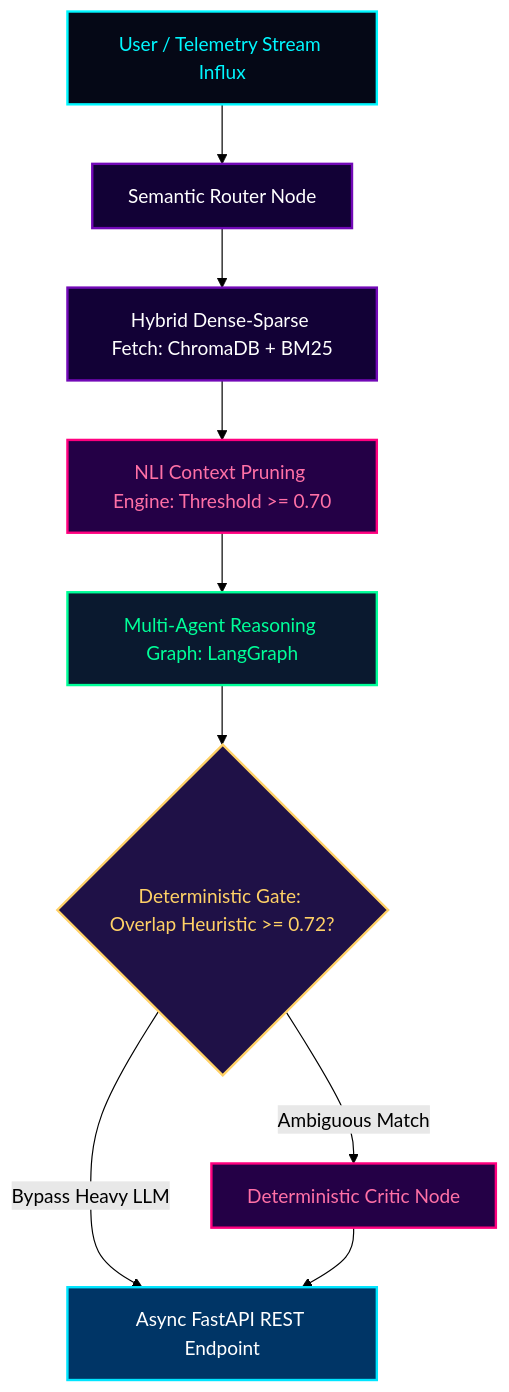
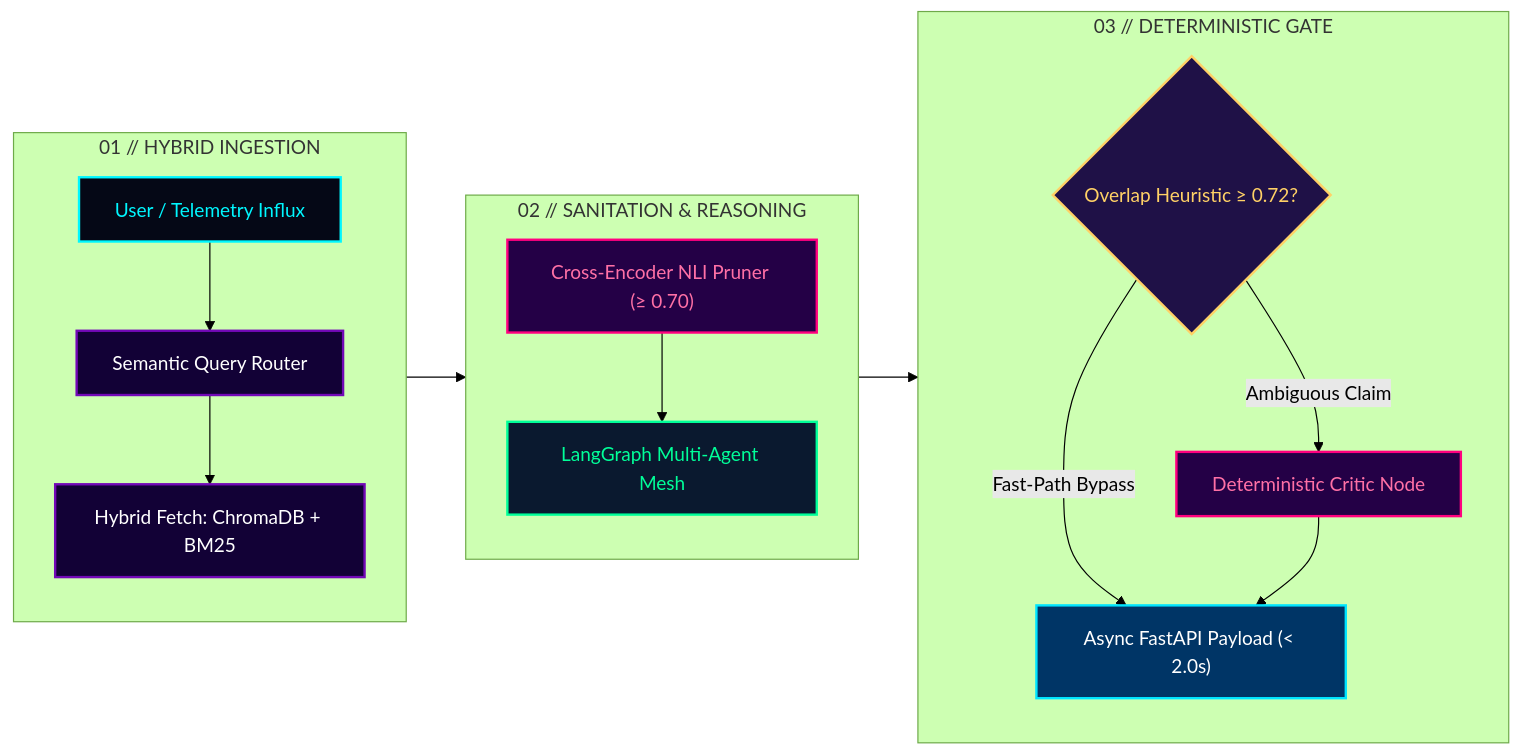
The diagram in README.md (DYNOSuprovo/DYNOSuprovo), drawn with Mermaid (forest theme) before and after one commit. The commit also changed other lines of this file, not shown here.

````diff
--- a/README.md
+++ b/README.md
@@ -106,18 +127,31 @@
 ```mermaid
-flowchart TD
+flowchart LR
     classDef influx fill:#050816,stroke:#00f7ff,stroke-width:2px,color:#00f7ff;
-    classDef router fill:#120136,stroke:#7209b7,stroke-width:2px,color:#fff;
+    classDef router fill:#120136,stroke:#7209b7,stroke-width:2px,color:#ffffff;
     classDef filter fill:#240046,stroke:#ff007f,stroke-width:2px,color:#ff70a6;
     classDef mesh fill:#0a192f,stroke:#00ff99,stroke-width:2px,color:#00ff99;
     classDef gate fill:#1f1147,stroke:#ffd166,stroke-width:2px,color:#ffd166;
-    classDef out fill:#003566,stroke:#00e5ff,stroke-width:2px,color:#fff;
+    classDef out fill:#003566,stroke:#00e5ff,stroke-width:2px,color:#ffffff;
 
-    Q[User / Telemetry Stream Influx]:::influx --> R[Semantic Router Node]:::router
-    R --> S[Hybrid Dense-Sparse Fetch: ChromaDB + BM25]:::router
-    S --> P[NLI Context Pruning Engine: Threshold >= 0.70]:::filter
-    P --> M[Multi-Agent Reasoning Graph: LangGraph]:::mesh
-    M --> V{Deterministic Gate: Overlap Heuristic >= 0.72?}:::gate
-    V -- Bypass Heavy LLM --> O[Async FastAPI REST Endpoint]:::out
-    V -- Ambiguous Match --> C[Deterministic Critic Node]:::filter
-    C --> O
+    subgraph S1 ["01 // HYBRID INGESTION"]
+        direction TB
+        Q["User / Telemetry Influx"]:::influx --> R["Semantic Query Router"]:::router
+        R --> S["Hybrid Fetch: ChromaDB + BM25"]:::router
+    end
+
+    subgraph S2 ["02 // SANITATION & REASONING"]
+        direction TB
+        P["Cross-Encoder NLI Pruner (≥ 0.70)"]:::filter --> M["LangGraph Multi-Agent Mesh"]:::mesh
+    end
+
+    subgraph S3 ["03 // DETERMINISTIC GATE"]
+        direction TB
+        V{"Overlap Heuristic ≥ 0.72?"}:::gate
+        V -- "Fast-Path Bypass" --> O["Async FastAPI Payload (< 2.0s)"]:::out
+        V -- "Ambiguous Claim" --> C["Deterministic Critic Node"]:::filter
+        C --> O
+    end
+
+    S --> P
+    M --> V
 ```
````
